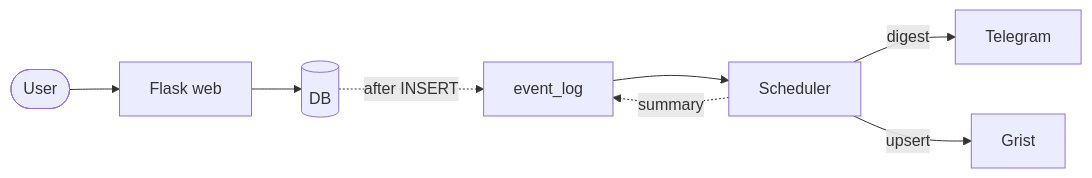
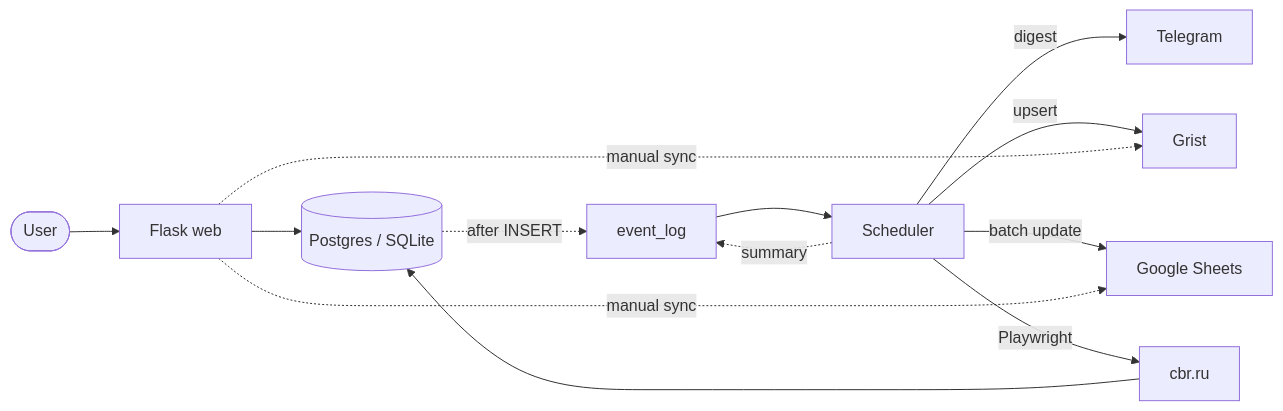
One commit to daniil-avdeenko/project-finance changed the diagram in README.md. Above: the diagram before and after it, drawn with Mermaid. The commit also changed other lines of this file and 5 other files, not shown here.

Commit message:
docs(readme): final polish with live demo, architecture and screenshots

````diff
--- a/README.md
+++ b/README.md
@@ -20,10 +38,15 @@
 ```mermaid
 flowchart LR
     User([User]) --> Flask[Flask web]
-    Flask --> DB[(DB)]
+    Flask --> DB[(Postgres / SQLite)]
     DB -.after INSERT.-> Events[event_log]
     Events --> Sched[Scheduler]
     Sched -->|digest| TG[Telegram]
     Sched -->|upsert| Grist[Grist]
+    Sched -->|batch update| Sheets[Google Sheets]
+    Sched -->|Playwright| CBR[cbr.ru]
+    CBR --> DB
+    Flask -.manual sync.-> Grist
+    Flask -.manual sync.-> Sheets
     Sched -.summary.-> Events
 ```
````
